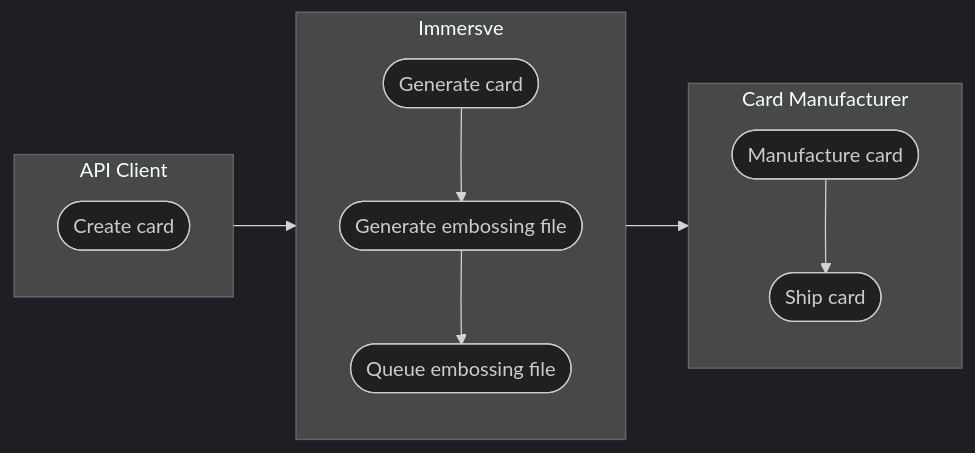
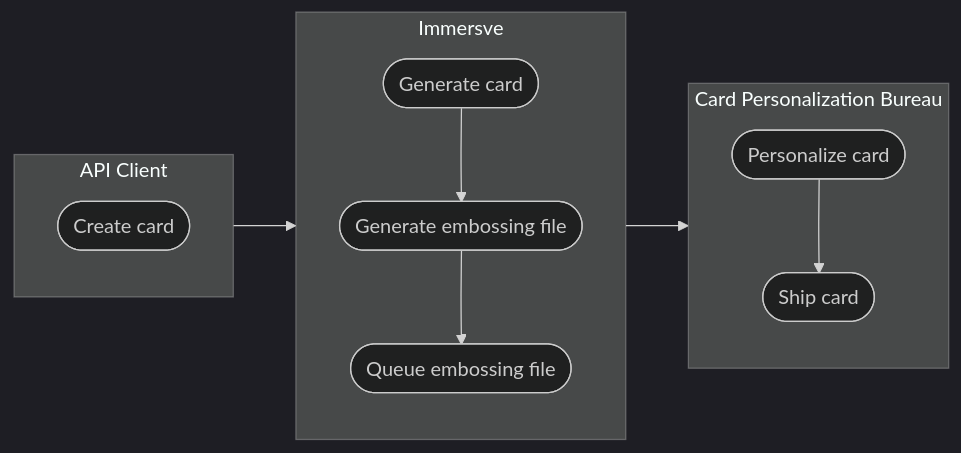
Before and after one commit to immersve/immersve-docs: the second of 2 diagrams in docs/guides/custodial wallets/card-lifecycle.md, drawn with Mermaid (dark theme). The commit also changed other lines of this file and 3 other files, not shown here.

````diff
--- a/docs/guides/custodial wallets/card-lifecycle.md
+++ b/docs/guides/custodial wallets/card-lifecycle.md
@@ -79,18 +83,18 @@
 ```mermaid
 flowchart LR
     Create_card([Create card])-->Generate_card([Generate card])
-    Queue_embossing_file([Queue embossing file])-->Manufacture_card([Manufacture card])
-    subgraph Card Manufacturer
+    Queue_embossing_file([Queue embossing file])-->Personalize_card([Manufacture card])
+    subgraph Card Personalization Bureau
       direction TB
-      Manufacture_card([Manufacture card])-->Ship_card([Ship card])
+      Personalize_card([Personalize card])-->Ship_card([Ship card])
     end
     subgraph Immersve
       direction TB
       Generate_card([Generate card])-->Generate_embossing_file([Generate embossing file])
       Generate_embossing_file([Generate embossing file])-->Queue_embossing_file([Queue embossing file])
     end
     subgraph API Client
       direction TB
       Create_card([Create card])
     end
 ```
````
